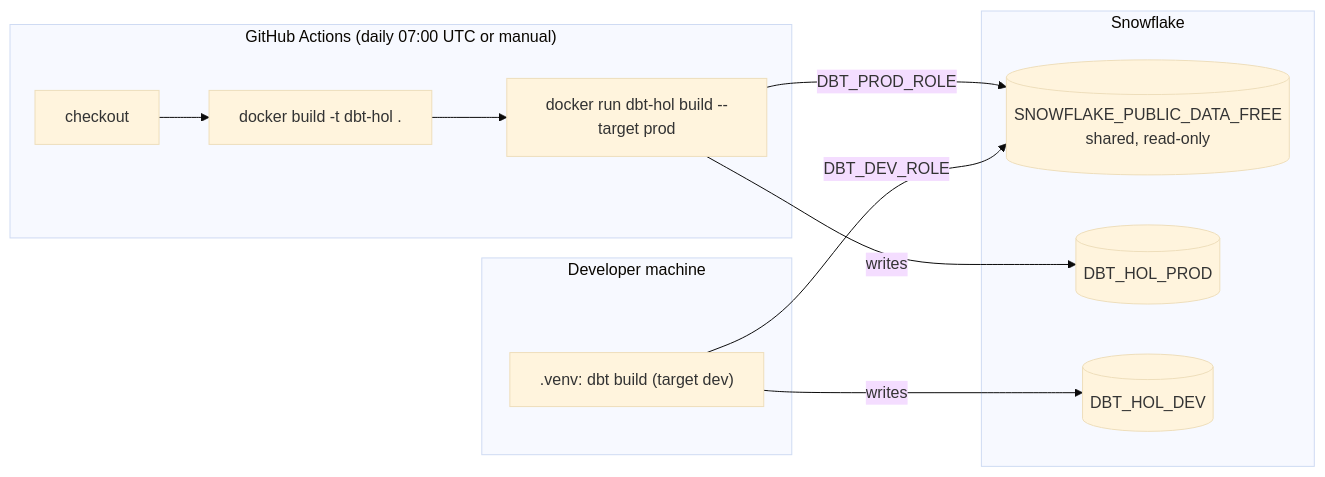
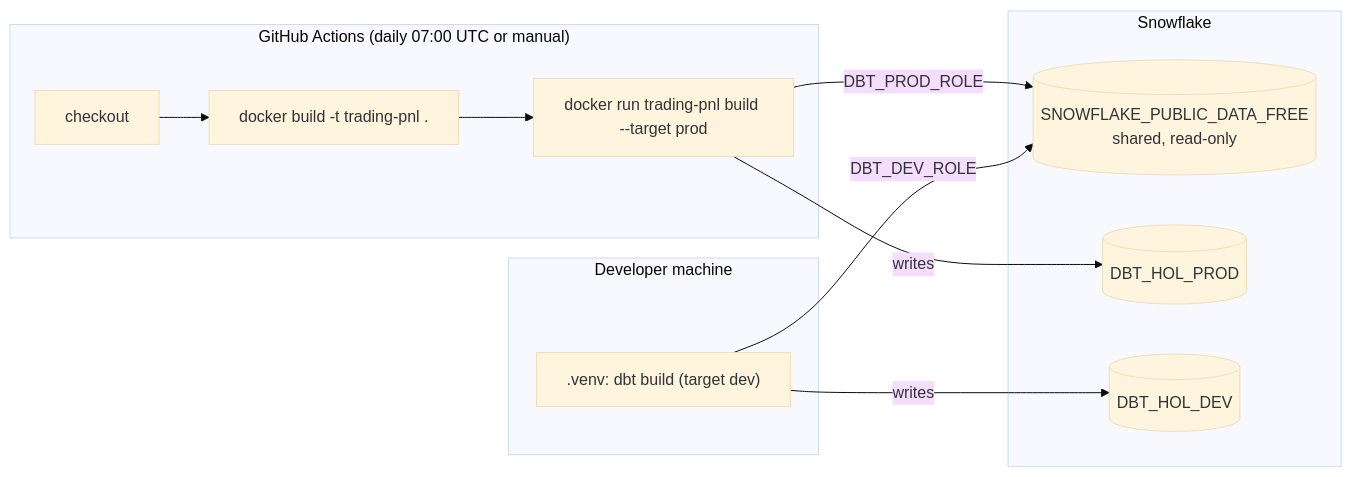
Before and after one commit to Grechenish/02_dbt_core_snowflake: the first of 2 diagrams in docs/SYSTEM_OVERVIEW.md, drawn with Mermaid (base theme). The commit also changed other lines of this file and 44 other files, not shown here.

First line of the commit message:
Rename the project to trading_pnl and drop quickstart template leftovers

````diff
--- a/docs/SYSTEM_OVERVIEW.md
+++ b/docs/SYSTEM_OVERVIEW.md
@@ -25,19 +25,19 @@
 ```mermaid
 flowchart LR
     subgraph GH["GitHub Actions (daily 07:00 UTC or manual)"]
-        A[checkout] --> B["docker build -t dbt-hol ."]
-        B --> C["docker run dbt-hol build --target prod"]
+        A[checkout] --> B["docker build -t trading-pnl ."]
+        B --> C["docker run trading-pnl build --target prod"]
     end
     subgraph DEV["Developer machine"]
         V[".venv: dbt build (target dev)"]
     end
     subgraph SF["Snowflake"]
         S[("SNOWFLAKE_PUBLIC_DATA_FREE<br/>shared, read-only")]
         P[("DBT_HOL_PROD")]
         D[("DBT_HOL_DEV")]
     end
     C -- "DBT_PROD_ROLE" --> S
     C -- writes --> P
     V -- "DBT_DEV_ROLE" --> S
     V -- writes --> D
 ```
````
